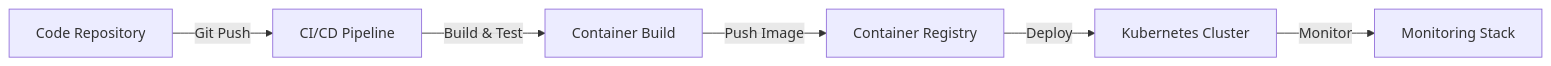
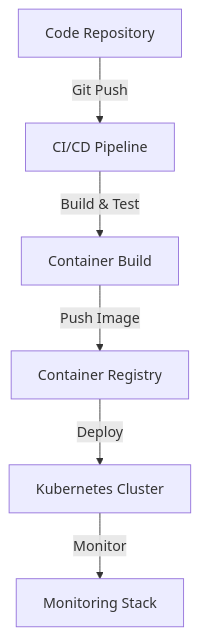
One commit to OverbearingPearl/pearl-map changed the second of 2 diagrams in README.md. Above: the diagram before and after it, drawn with Mermaid. The commit also changed 1 other file, not shown here.

Commit message:
Fix Mermaid flowchart direction in READMEs
- Change flowchart direction from LR (left-right) to TB (top-bottom)
- Applied to both English and Chinese README versions
- Improves diagram readability for deployment pipeline visualization

````diff
--- a/README.md
+++ b/README.md
@@ -114,8 +114,8 @@
 ```mermaid
-flowchart LR
+flowchart TB
     Code[Code Repository] -->|Git Push| CI[CI/CD Pipeline]
     CI -->|Build & Test| Build[Container Build]
     Build -->|Push Image| Registry[Container Registry]
     Registry -->|Deploy| K8s[Kubernetes Cluster]
     K8s -->|Monitor| Monitoring[Monitoring Stack]
 ```
````
